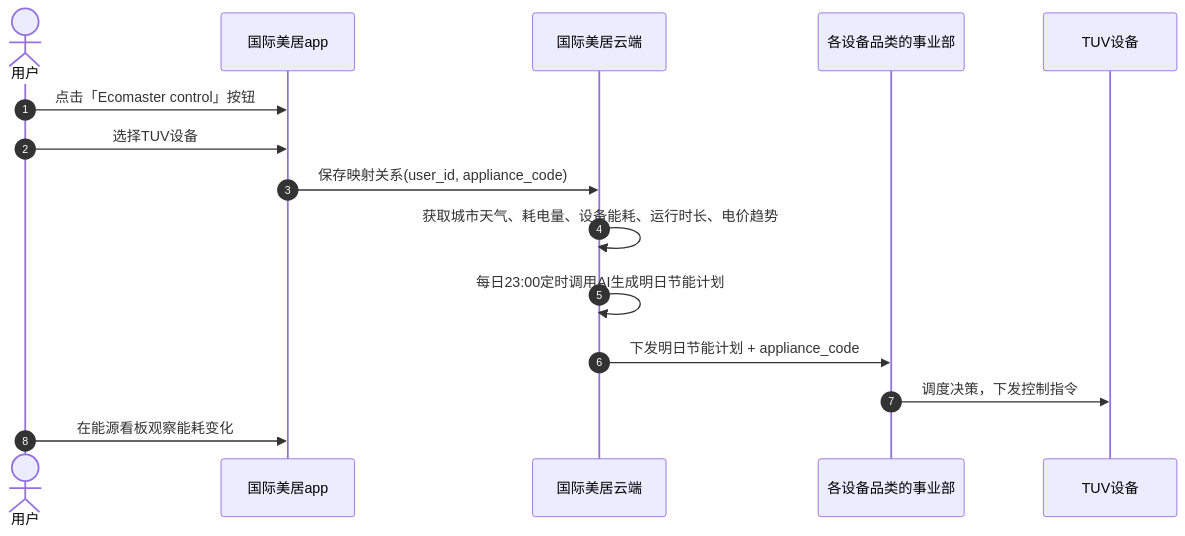
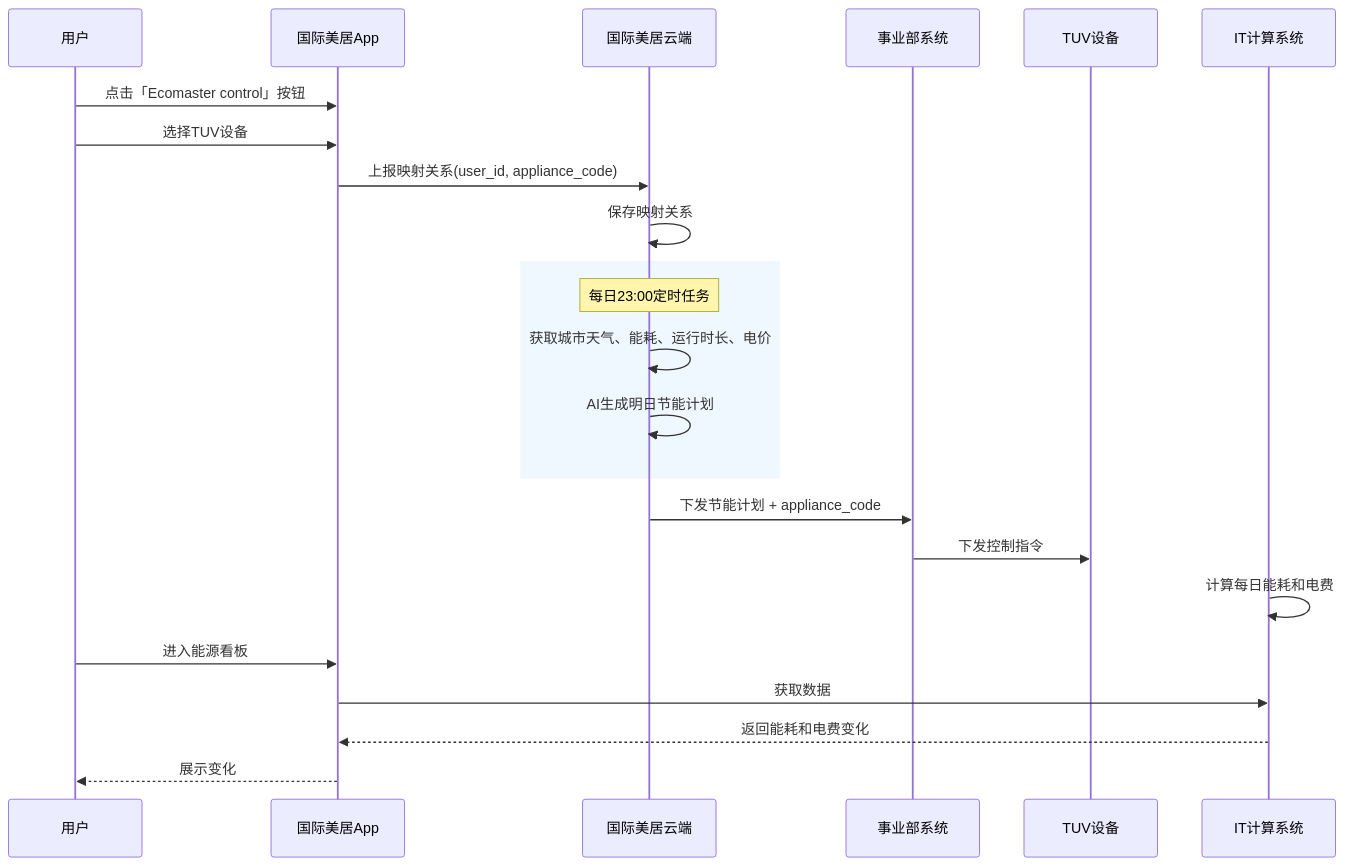
The diagram in all/未命名-19.md (ixiaoyang8/iodraw-files), drawn with Mermaid before and after one commit.

Commit message:
2026-09-16 11:43:20 update

````diff
--- a/all/未命名-19.md
+++ b/all/未命名-19.md
@@ -1,19 +1,30 @@
 ```mermaid
 sequenceDiagram
-    autonumber
-    actor User as 用户
-    participant App as 国际美居app
+    participant U as 用户
+    participant App as 国际美居App
     participant Cloud as 国际美居云端
-    participant BU as 各设备品类的事业部
+    participant BU as 事业部系统
     participant Device as TUV设备
+    participant IT as IT计算系统
 
-    User->>App: 点击「Ecomaster control」按钮
-    User->>App: 选择TUV设备
-    App->>Cloud: 保存映射关系(user_id, appliance_code)
-    Cloud->>Cloud: 获取城市天气、耗电量、设备能耗、运行时长、电价趋势
-    Cloud->>Cloud: 每日23:00定时调用AI生成明日节能计划
-    Cloud->>BU: 下发明日节能计划 + appliance_code
-    BU->>Device: 调度决策，下发控制指令
-    User->>App: 在能源看板观察能耗变化
+    U->>App: 点击「Ecomaster control」按钮
+    U->>App: 选择TUV设备
+    App->>Cloud: 上报映射关系(user_id, appliance_code)
+    Cloud->>Cloud: 保存映射关系
+    
+    rect rgb(240, 248, 255)
+        Note over Cloud: 每日23:00定时任务
+        Cloud->>Cloud: 获取城市天气、能耗、运行时长、电价
+        Cloud->>Cloud: AI生成明日节能计划
+    end
+    
+    Cloud->>BU: 下发节能计划 + appliance_code
+    BU->>Device: 下发控制指令
+    
+    IT->>IT: 计算每日能耗和电费
+    U->>App: 进入能源看板
+    App->>IT: 获取数据
+    IT-->>App: 返回能耗和电费变化
+    App-->>U: 展示变化
 
 ```
````
